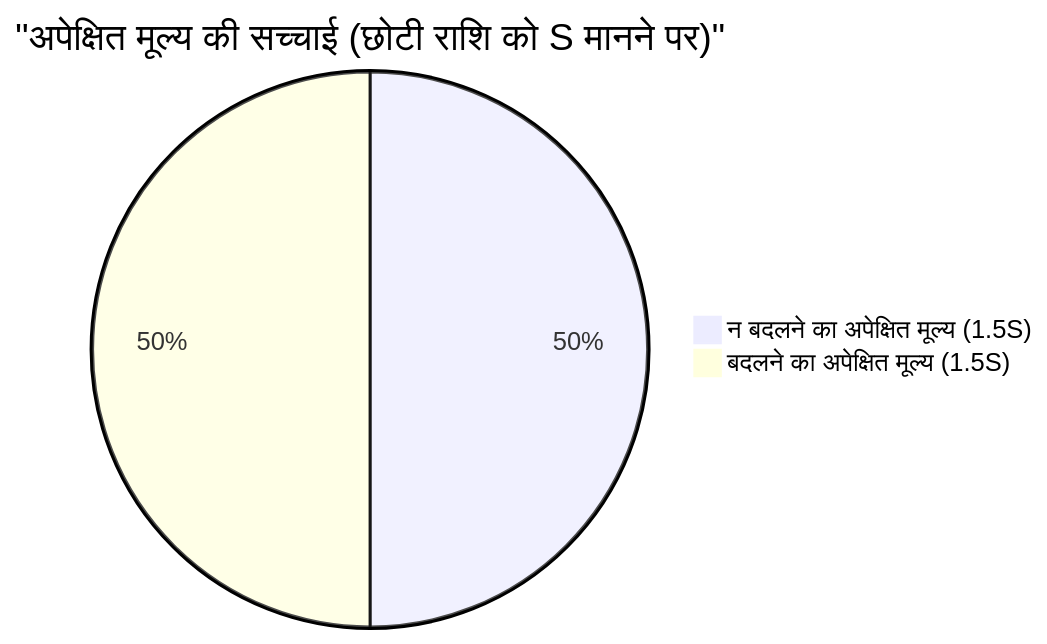
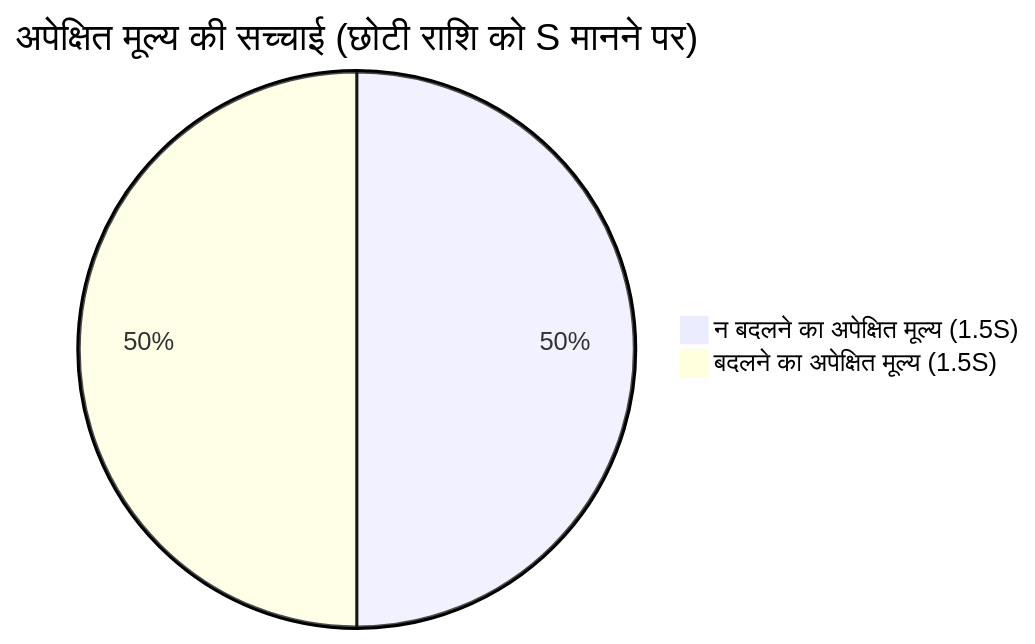
The second of 2 diagrams in content/post/2つの封筒のパラドックス/index.hi.md (kenjinote/blog), drawn with Mermaid before and after one commit. The commit also changed other lines of this file and 703 other files, not shown here.

Commit message:
Fix: Remove quotes from Mermaid link texts and timeline definitions to support Mermaid 11.4.1

````diff
--- a/content/post/2つの封筒のパラドックス/index.hi.md
+++ b/content/post/2つの封筒のパラドックス/index.hi.md
@@ -113,5 +113,5 @@
 ```mermaid
-pie title "अपेक्षित मूल्य की सच्चाई (छोटी राशि को S मानने पर)"
+pie title अपेक्षित मूल्य की सच्चाई (छोटी राशि को S मानने पर)
     "न बदलने का अपेक्षित मूल्य (1.5S)" : 50
     "बदलने का अपेक्षित मूल्य (1.5S)" : 50
 ```
````
